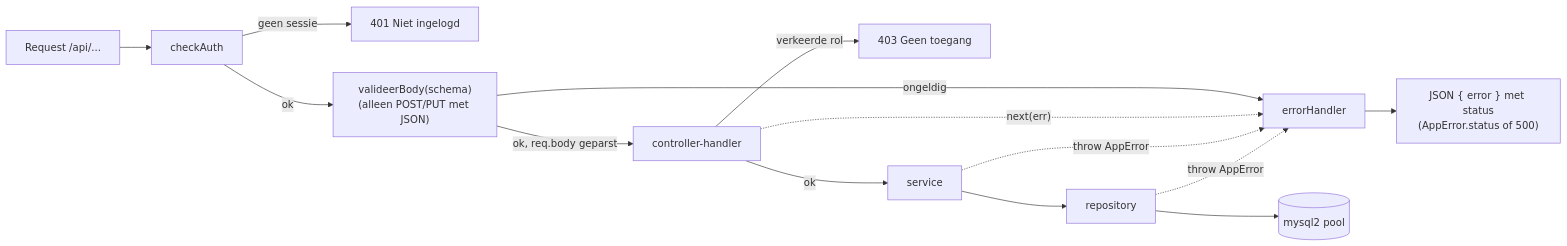
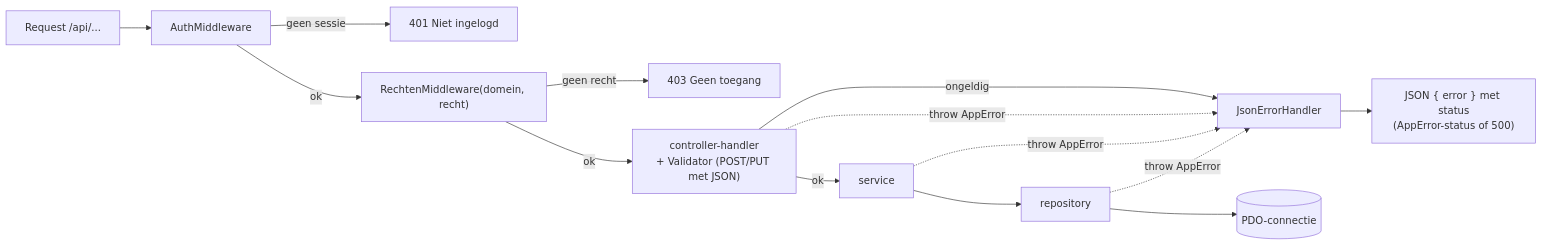
Before and after one commit to pjgheijmans/NewSiteWaterbeheerDeBercken: the first of 5 diagrams in docs/architecture/backend.md, drawn with Mermaid. The commit also changed other lines of this file and 5 other files, not shown here.

First line of the commit message:
docs: werk architectuurdocs bij naar de PHP-backend

````diff
--- a/docs/architecture/backend.md
+++ b/docs/architecture/backend.md
@@ -10,16 +10,16 @@
 ```mermaid
 graph LR
-    R["Request /api/..."] --> CA["checkAuth"]
+    R["Request /api/..."] --> CA["AuthMiddleware"]
     CA -->|"geen sessie"| E401["401 Niet ingelogd"]
-    CA -->|"ok"| VB["valideerBody(schema)\n(alleen POST/PUT met JSON)"]
-    VB -->|"ongeldig"| EH
-    VB -->|"ok, req.body geparst"| H["controller-handler"]
-    H -->|"verkeerde rol"| E403["403 Geen toegang"]
+    CA -->|"ok"| RM["RechtenMiddleware(domein, recht)"]
+    RM -->|"geen recht"| E403["403 Geen toegang"]
+    RM -->|"ok"| H["controller-handler\n+ Validator (POST/PUT met JSON)"]
+    H -->|"ongeldig"| EH
     H -->|"ok"| SVC["service"]
     SVC --> REPO["repository"]
-    REPO --> POOL[("mysql2 pool")]
-    H -.->|"next(err)"| EH["errorHandler"]
+    REPO --> PDO[("PDO-connectie")]
+    H -.->|"throw AppError"| EH["JsonErrorHandler"]
     SVC -.->|"throw AppError"| EH
     REPO -.->|"throw AppError"| EH
-    EH --> RESP["JSON { error } met status\n(AppError.status of 500)"]
+    EH --> RESP["JSON { error } met status\n(AppError-status of 500)"]
 ```
````
